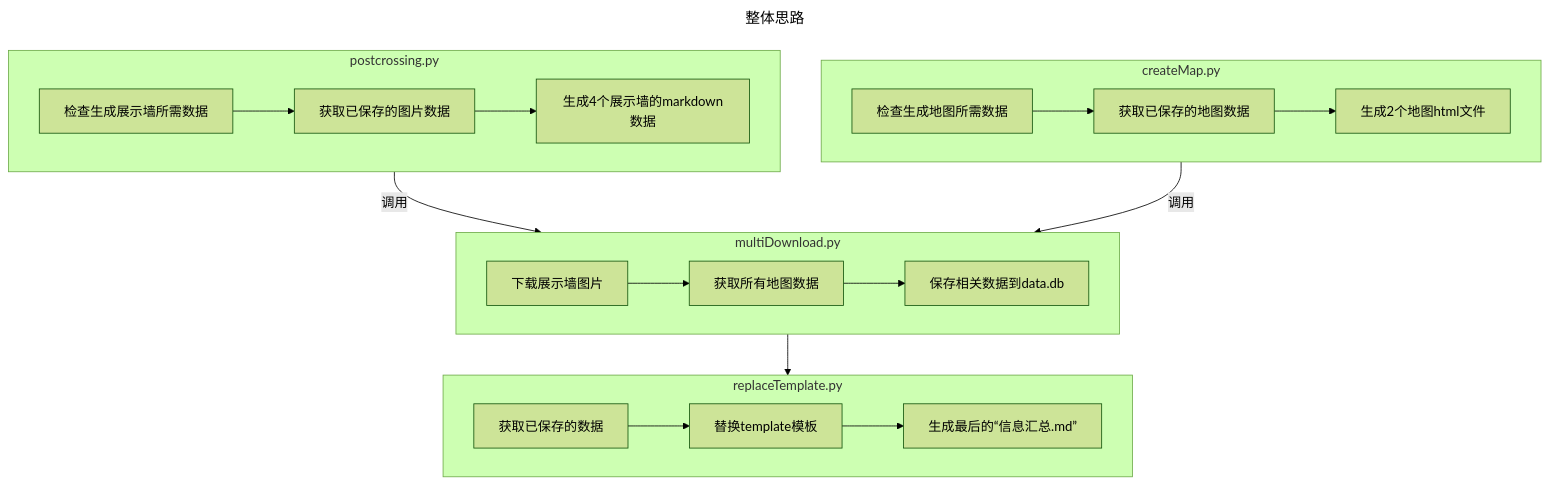
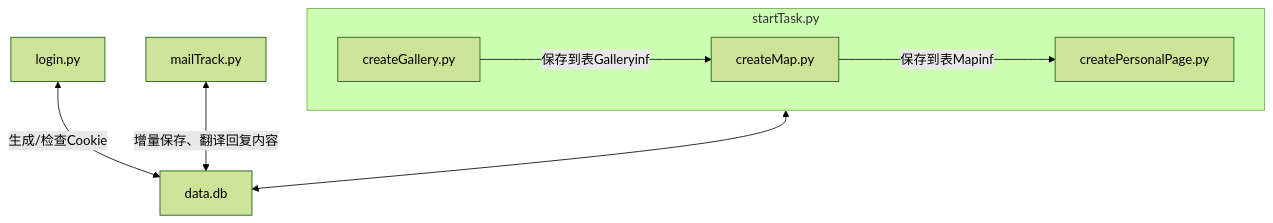
One commit to arthurfsy2/arthurfsy2.github.io changed the first of 6 diagrams in src/经验总结/IT总结/vuepress/抓取postcrossing数据并在vuepress上显示图片、地图.md. Above: the diagram before and after it, drawn with Mermaid (forest theme). The commit also changed other lines of this file, not shown here.

````diff
--- a/src/经验总结/IT总结/vuepress/抓取postcrossing数据并在vuepress上显示图片、地图.md
+++ b/src/经验总结/IT总结/vuepress/抓取postcrossing数据并在vuepress上显示图片、地图.md
@@ -40,25 +86,14 @@
 ```mermaid
 ---
-title: 整体思路
+title: 
 ---
 flowchart TD
-subgraph id1[postcrossing.py]
-检查生成展示墙所需数据-->获取已保存的图片数据-->生成4个展示墙的markdown数据
-end
-subgraph id2[multiDownload.py]
-下载展示墙图片-->获取所有地图数据-->保存相关数据到data.db
-end
-subgraph id3[createMap.py]
-检查生成地图所需数据-->获取已保存的地图数据-->生成2个地图html文件
-end
-subgraph id4[replaceTemplate.py]
-获取已保存的数据-->替换template模板-->id4.3[生成最后的“信息汇总.md”]
+subgraph startTask.py
+createGallery.py--保存到表Galleryinfo-->createMap.py--保存到表Mapinfo-->createPersonalPage.py
 end
 
-
-
-id1--调用-->id2
-id3--调用-->id2
-id2-->id4
+id1[login.py]<--生成/检查Cookie-->data.db
+startTask.py<-->data.db
+id4[mailTrack.py]<--增量保存、翻译回复内容-->data.db
 
 ```
````
